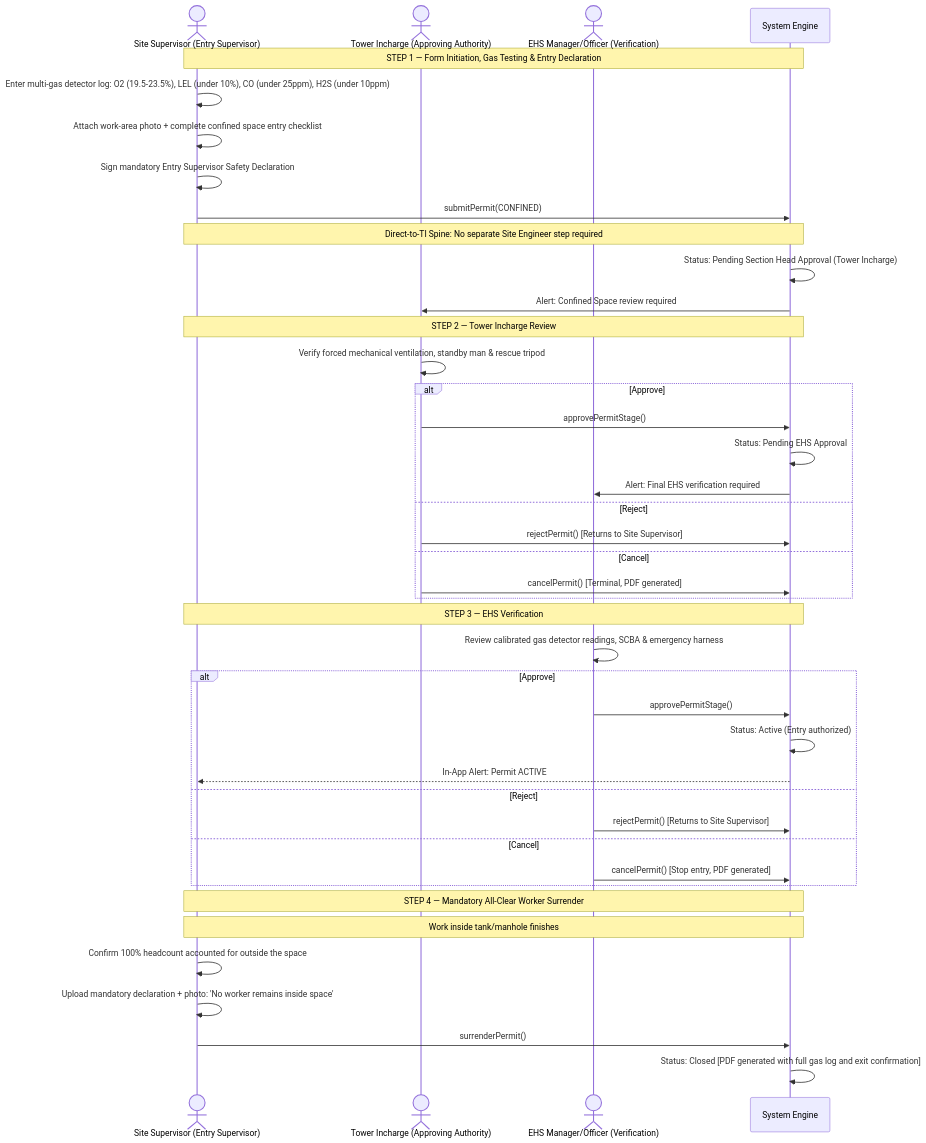
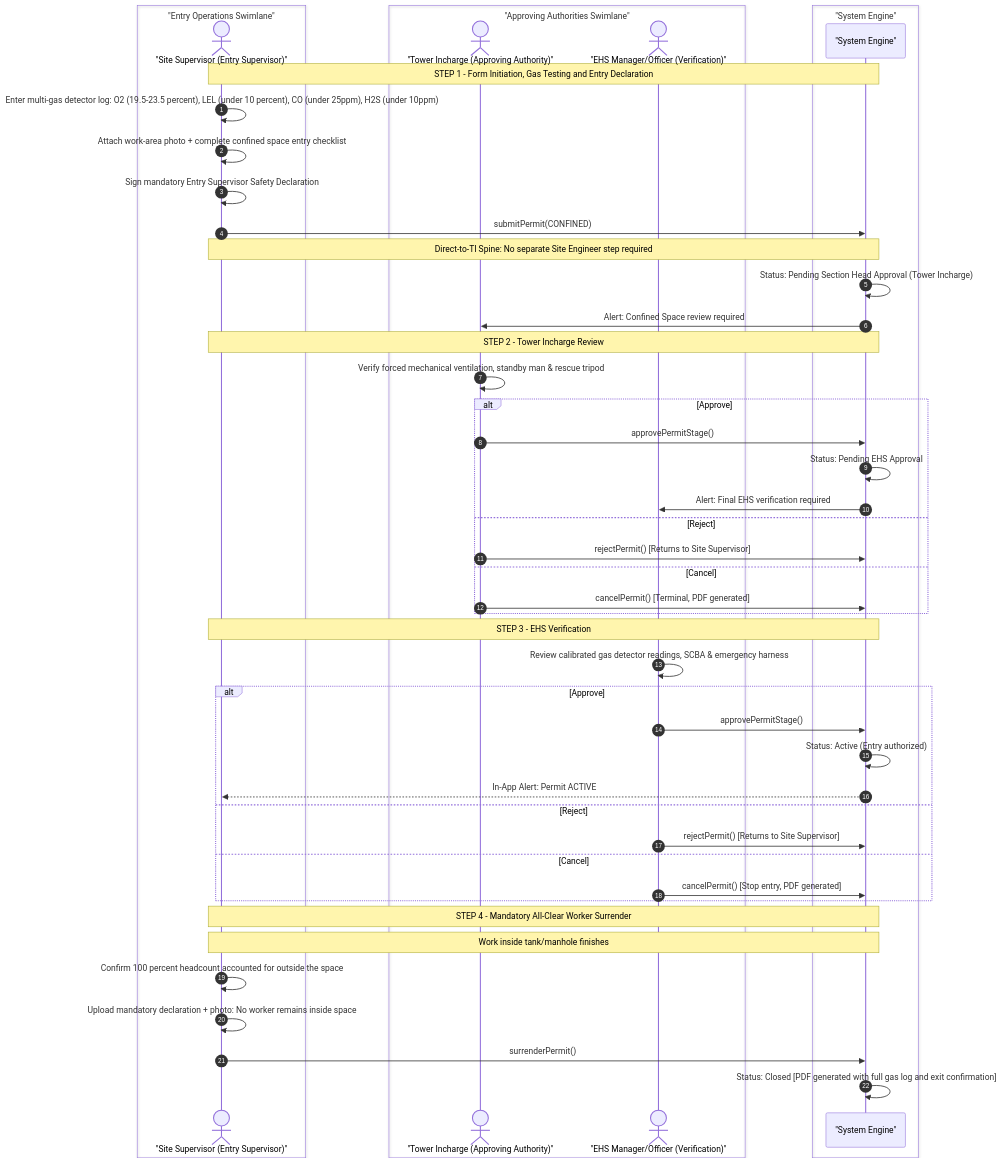
Before and after one commit to AuroGroupAutomationBot/ARPL-EHS-Demo: diagram 23 of 41 in README.md, drawn with Mermaid. The commit also changed other lines of this file and 7 other files, not shown here.

````diff
--- a/README.md
+++ b/README.md
@@ -1855,47 +1969,54 @@
 ```mermaid
 sequenceDiagram
-    actor SS as Site Supervisor (Entry Supervisor)
-    actor TI as Tower Incharge (Approving Authority)
-    actor EHS as EHS Manager/Officer (Verification)
-    participant SYS as System Engine
+    autonumber
+    box "Entry Operations Swimlane"
+        actor SS as "Site Supervisor (Entry Supervisor)"
+    end
+    box "Approving Authorities Swimlane"
+        actor TI as "Tower Incharge (Approving Authority)"
+        actor EHS as "EHS Manager/Officer (Verification)"
+    end
+    box "System Engine"
+        participant SYS as "System Engine"
+    end
 
-    Note over SS,SYS: STEP 1 — Form Initiation, Gas Testing & Entry Declaration
-    SS->>SS: Enter multi-gas detector log: O2 (19.5-23.5%), LEL (under 10%), CO (under 25ppm), H2S (under 10ppm)
+    Note over SS,SYS: STEP 1 - Form Initiation, Gas Testing and Entry Declaration
+    SS->>SS: Enter multi-gas detector log: O2 (19.5-23.5 percent), LEL (under 10 percent), CO (under 25ppm), H2S (under 10ppm)
     SS->>SS: Attach work-area photo + complete confined space entry checklist
     SS->>SS: Sign mandatory Entry Supervisor Safety Declaration
     SS->>SYS: submitPermit(CONFINED)
     Note over SS,SYS: Direct-to-TI Spine: No separate Site Engineer step required
     SYS->>SYS: Status: Pending Section Head Approval (Tower Incharge)
     SYS->>TI: Alert: Confined Space review required
 
-    Note over SS,SYS: STEP 2 — Tower Incharge Review
+    Note over SS,SYS: STEP 2 - Tower Incharge Review
     TI->>TI: Verify forced mechanical ventilation, standby man & rescue tripod
     alt Approve
         TI->>SYS: approvePermitStage()
         SYS->>SYS: Status: Pending EHS Approval
         SYS->>EHS: Alert: Final EHS verification required
     else Reject
         TI->>SYS: rejectPermit() [Returns to Site Supervisor]
     else Cancel
         TI->>SYS: cancelPermit() [Terminal, PDF generated]
     end
 
-    Note over SS,SYS: STEP 3 — EHS Verification
+    Note over SS,SYS: STEP 3 - EHS Verification
     EHS->>EHS: Review calibrated gas detector readings, SCBA & emergency harness
     alt Approve
         EHS->>SYS: approvePermitStage()
         SYS->>SYS: Status: Active (Entry authorized)
         SYS-->>SS: In-App Alert: Permit ACTIVE
     else Reject
         EHS->>SYS: rejectPermit() [Returns to Site Supervisor]
     else Cancel
         EHS->>SYS: cancelPermit() [Stop entry, PDF generated]
     end
 
-    Note over SS,SYS: STEP 4 — Mandatory All-Clear Worker Surrender
+    Note over SS,SYS: STEP 4 - Mandatory All-Clear Worker Surrender
     Note over SS,SYS: Work inside tank/manhole finishes
-    SS->>SS: Confirm 100% headcount accounted for outside the space
-    SS->>SS: Upload mandatory declaration + photo: 'No worker remains inside space'
+    SS->>SS: Confirm 100 percent headcount accounted for outside the space
+    SS->>SS: Upload mandatory declaration + photo: No worker remains inside space
     SS->>SYS: surrenderPermit()
     SYS->>SYS: Status: Closed [PDF generated with full gas log and exit confirmation]
 ```
````
